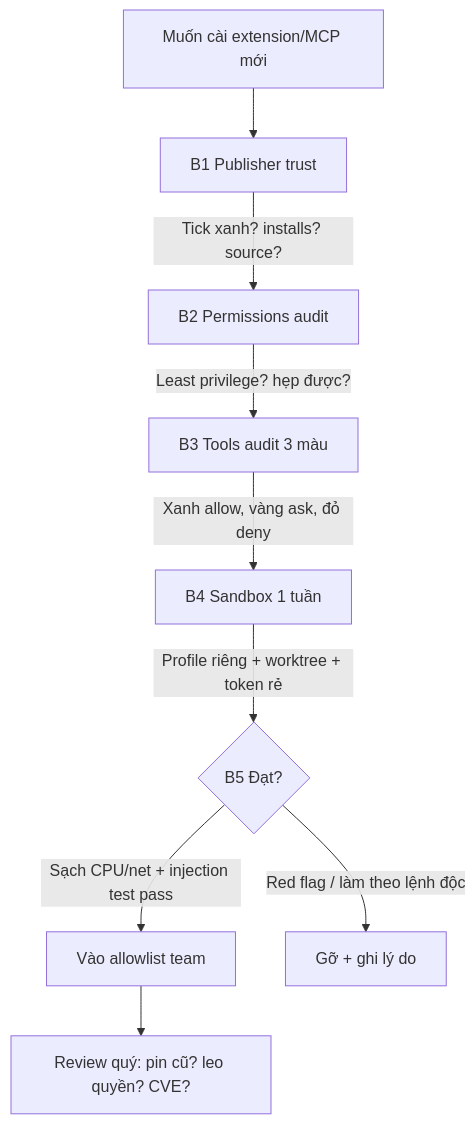
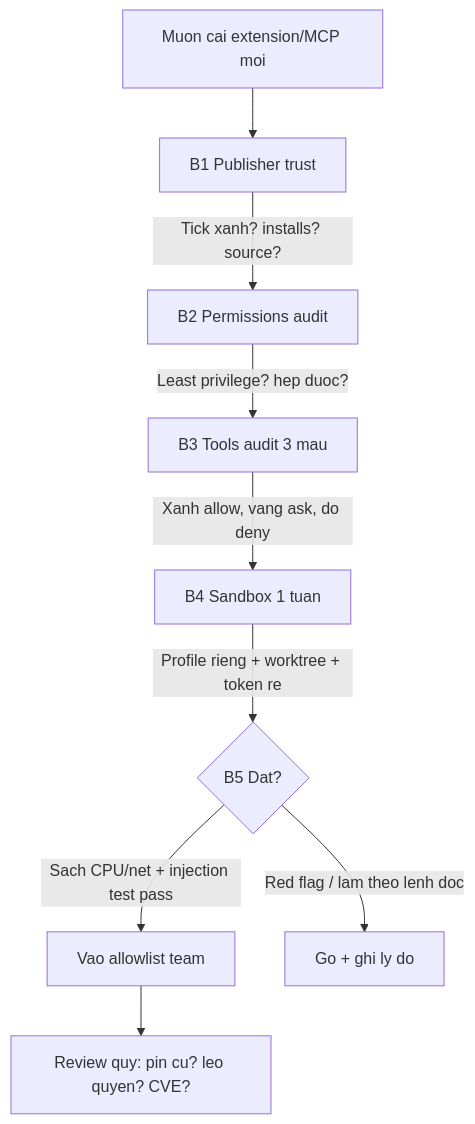
The diagram in 01-huong-dan-su-dung/16-extensions-mcp-bao-mat-validate.md (nbhson/tutorial-github-copilot), drawn with Mermaid before and after one commit. The commit also changed other lines of this file and 96 other files, not shown here.

````diff
--- a/01-huong-dan-su-dung/16-extensions-mcp-bao-mat-validate.md
+++ b/01-huong-dan-su-dung/16-extensions-mcp-bao-mat-validate.md
@@ -86,11 +90,11 @@
 ```mermaid
 flowchart TD
-    A[Muốn cài extension/MCP mới] --> B1[B1 Publisher trust]
+    A[Muon cai extension/MCP moi] --> B1[B1 Publisher trust]
     B1 -->|Tick xanh? installs? source?| B2[B2 Permissions audit]
-    B2 -->|Least privilege? hẹp được?| B3[B3 Tools audit 3 màu]
-    B3 -->|Xanh allow, vàng ask, đỏ deny| B4[B4 Sandbox 1 tuần]
-    B4 -->|Profile riêng + worktree + token rẻ| B5{B5 Đạt?}
-    B5 -->|Sạch CPU/net + injection test pass| C[Vào allowlist team]
-    B5 -->|Red flag / làm theo lệnh độc| D[Gỡ + ghi lý do]
-    C --> E[Review quý: pin cũ? leo quyền? CVE?]
+    B2 -->|Least privilege? hep duoc?| B3[B3 Tools audit 3 mau]
+    B3 -->|Xanh allow, vang ask, do deny| B4[B4 Sandbox 1 tuan]
+    B4 -->|Profile rieng + worktree + token re| B5{B5 Dat?}
+    B5 -->|Sach CPU/net + injection test pass| C[Vao allowlist team]
+    B5 -->|Red flag / lam theo lenh doc| D[Go + ghi ly do]
+    C --> E[Review quy: pin cu? leo quyen? CVE?]
 ```
````
